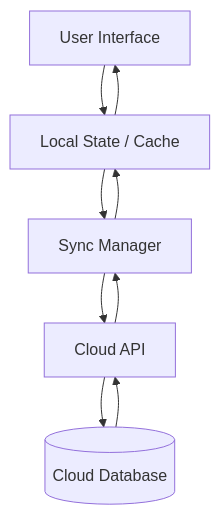
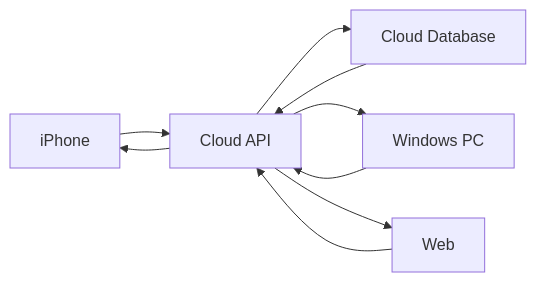
The tenth of 19 diagrams in docs/roadmap.md (Alexsilvin/personal-productivity-system), drawn with Mermaid before and after one commit. The commit also changed other lines of this file and 1 other file, not shown here.

````diff
--- a/docs/roadmap.md
+++ b/docs/roadmap.md
@@ -898,18 +831,17 @@
-```mermaid id="g4i9cf"
-flowchart TB
+```mermaid
+flowchart LR
+    I["iPhone"]
+    W["Windows PC"]
+    B["Web"]
 
-    UI["User Interface"]
+    I --> API["Cloud API"]
+    W --> API
+    B --> API
 
-    UI --> LOCAL["Local State / Cache"]
+    API --> DB["Cloud Database"]
+    DB --> API
 
-    LOCAL --> SYNC["Sync Manager"]
-
-    SYNC --> API["Cloud API"]
-
-    API --> DB[("Cloud Database")]
-
-    DB --> API
-    API --> SYNC
-    SYNC --> LOCAL
-    LOCAL --> UI
+    API --> I
+    API --> W
+    API --> B
 ```
````
